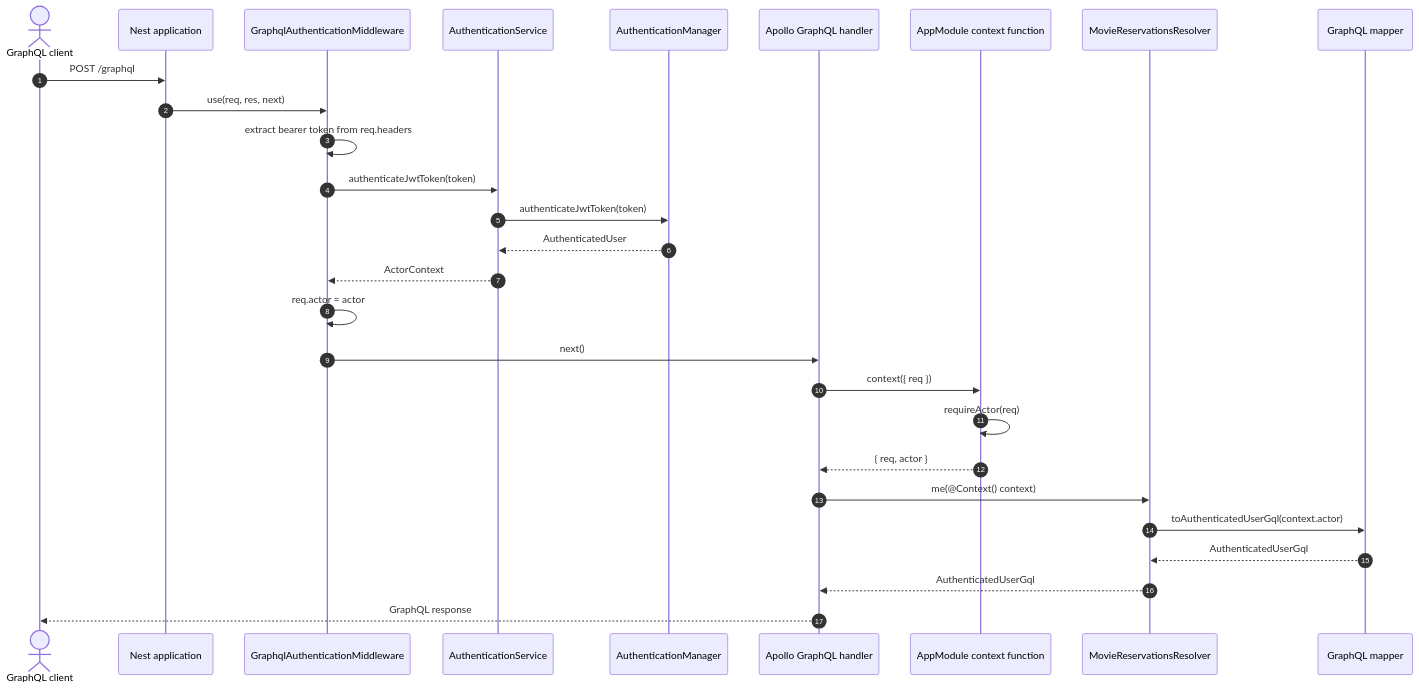
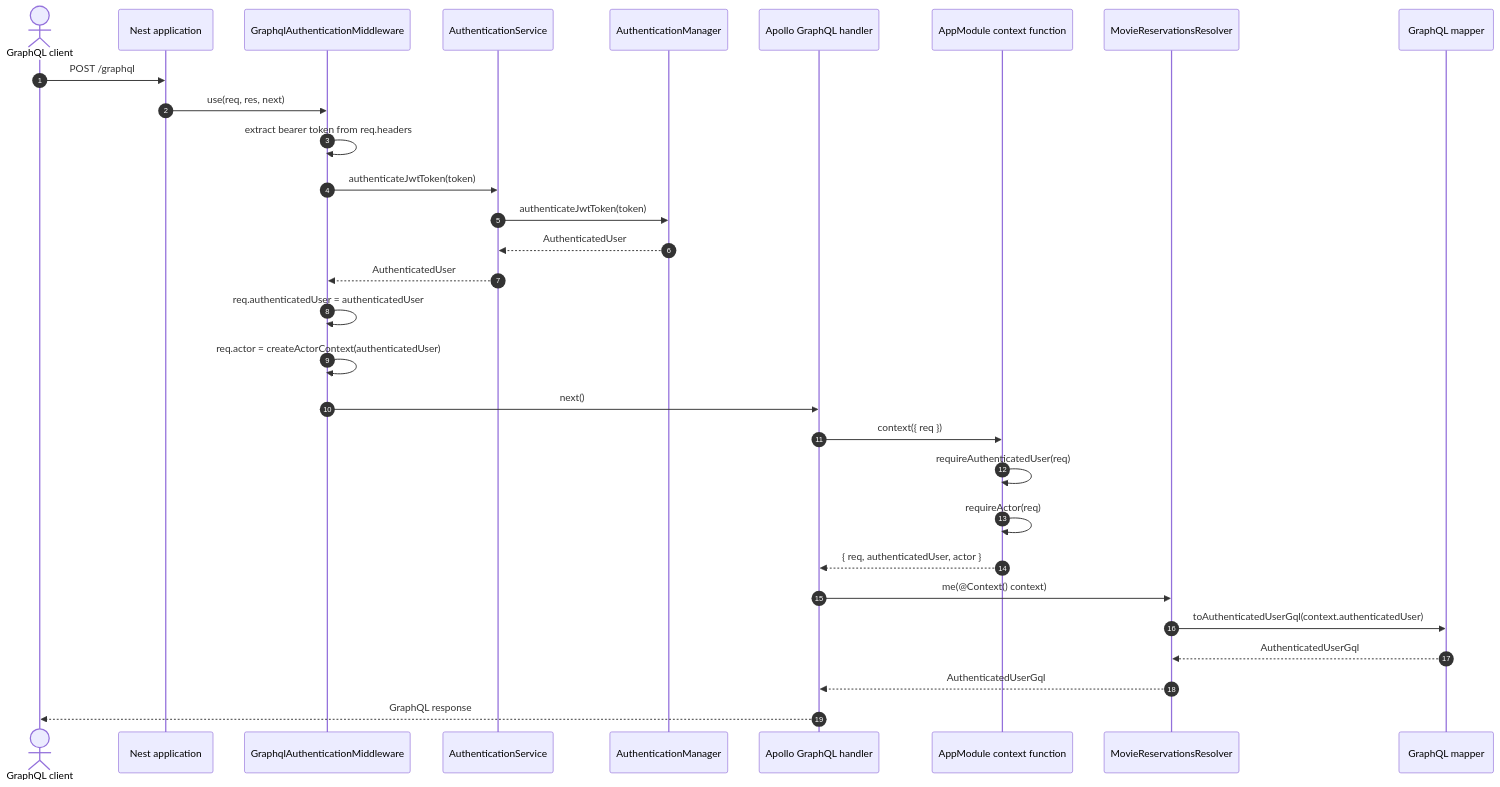
Before and after one commit to patex1987/golden-path-ecs-template: the first of 4 diagrams in docs/architecture/graphql-request-flow.md, drawn with Mermaid. The commit also changed other lines of this file and 8 other files, not shown here.

````diff
--- a/docs/architecture/graphql-request-flow.md
+++ b/docs/architecture/graphql-request-flow.md
@@ -18,31 +18,33 @@
 ```mermaid
 sequenceDiagram
   autonumber
   actor Client as GraphQL client
   participant Nest as Nest application
   participant Middleware as GraphqlAuthenticationMiddleware
   participant AuthService as AuthenticationService
   participant AuthManager as AuthenticationManager
   participant Apollo as Apollo GraphQL handler
   participant ContextFactory as AppModule context function
   participant Resolver as MovieReservationsResolver
   participant Mapper as GraphQL mapper
 
   Client->>Nest: POST /graphql
   Nest->>Middleware: use(req, res, next)
   Middleware->>Middleware: extract bearer token from req.headers
   Middleware->>AuthService: authenticateJwtToken(token)
   AuthService->>AuthManager: authenticateJwtToken(token)
   AuthManager-->>AuthService: AuthenticatedUser
-  AuthService-->>Middleware: ActorContext
-  Middleware->>Middleware: req.actor = actor
+  AuthService-->>Middleware: AuthenticatedUser
+  Middleware->>Middleware: req.authenticatedUser = authenticatedUser
+  Middleware->>Middleware: req.actor = createActorContext(authenticatedUser)
   Middleware->>Apollo: next()
   Apollo->>ContextFactory: context({ req })
+  ContextFactory->>ContextFactory: requireAuthenticatedUser(req)
   ContextFactory->>ContextFactory: requireActor(req)
-  ContextFactory-->>Apollo: { req, actor }
+  ContextFactory-->>Apollo: { req, authenticatedUser, actor }
   Apollo->>Resolver: me(@Context() context)
-  Resolver->>Mapper: toAuthenticatedUserGql(context.actor)
+  Resolver->>Mapper: toAuthenticatedUserGql(context.authenticatedUser)
   Mapper-->>Resolver: AuthenticatedUserGql
   Resolver-->>Apollo: AuthenticatedUserGql
   Apollo-->>Client: GraphQL response
 ```
````
